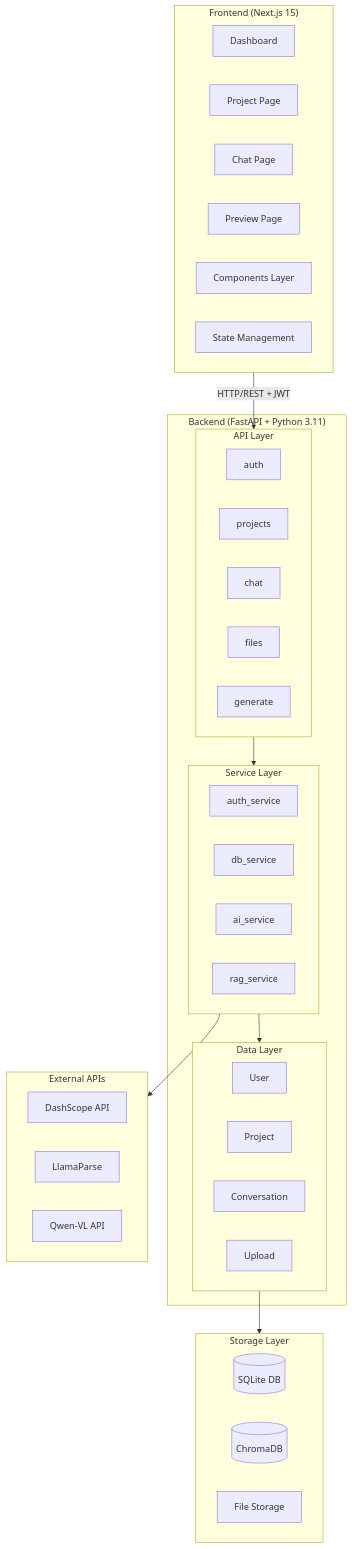
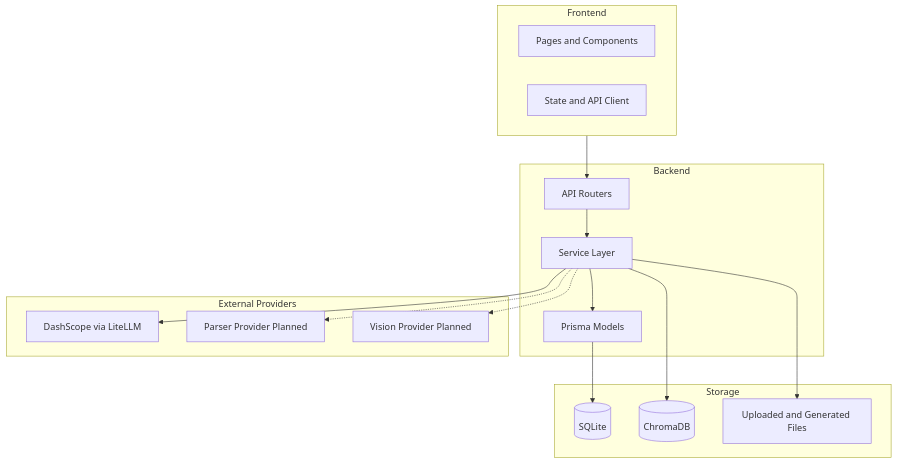
The diagram in docs/architecture/system/overview.md (ln-one/Spectra), drawn with Mermaid before and after one commit. The commit also changed other lines of this file and 22 other files, not shown here.

Commit message:
docs(architecture): align docs with MVP and simplify structure

````diff
--- a/docs/architecture/system/overview.md
+++ b/docs/architecture/system/overview.md
@@ -9,53 +11,35 @@
 ```mermaid
-graph TB
-    subgraph Frontend["Frontend (Next.js 15)"]
-        Dashboard[Dashboard]
-        ProjectPage[Project Page]
-        ChatPage[Chat Page]
-        PreviewPage[Preview Page]
-        Components[Components Layer]
-        StateManagement[State Management]
+flowchart TB
+    subgraph FE[Frontend]
+        FEPages[Pages and Components]
+        FEState[State and API Client]
     end
-    
-    subgraph Backend["Backend (FastAPI + Python 3.11)"]
-        subgraph APILayer[API Layer]
-            AuthRouter[auth]
-            ProjectsRouter[projects]
-            ChatRouter[chat]
-            FilesRouter[files]
-            GenerateRouter[generate]
-        end
-        
-        subgraph ServiceLayer[Service Layer]
-            AuthService[auth_service]
-            DBService[db_service]
-            AIService[ai_service]
-            RAGService[rag_service]
-        end
-        
-        subgraph DataLayer[Data Layer]
-            UserModel[User]
-            ProjectModel[Project]
-            ConversationModel[Conversation]
-            UploadModel[Upload]
-        end
+
+    subgraph BE[Backend]
+        BERouter[API Routers]
+        BEService[Service Layer]
+        BEModel[Prisma Models]
     end
-    
-    subgraph Storage[Storage Layer]
-        SQLite[(SQLite DB)]
-        ChromaDB[(ChromaDB)]
-        FileStorage[File Storage]
+
+    subgraph Store[Storage]
+        DB[(SQLite)]
+        VDB[(ChromaDB)]
+        FS[Uploaded and Generated Files]
     end
-    
-    subgraph ExternalAPIs[External APIs]
-        DashScope[DashScope API]
-        LlamaParse[LlamaParse]
-        QwenVL[Qwen-VL API]
+
+    subgraph Ext[External Providers]
+        LLM[DashScope via LiteLLM]
+        Parser[Parser Provider Planned]
+        Vision[Vision Provider Planned]
     end
-    
-    Frontend -->|HTTP/REST + JWT| APILayer
-    APILayer --> ServiceLayer
-    ServiceLayer --> DataLayer
-    DataLayer --> Storage
-    ServiceLayer --> ExternalAPIs
+
+    FE --> BERouter
+    BERouter --> BEService
+    BEService --> BEModel
+    BEModel --> DB
+    BEService --> VDB
+    BEService --> FS
+    BEService --> LLM
+    BEService -.-> Parser
+    BEService -.-> Vision
 ```
````
